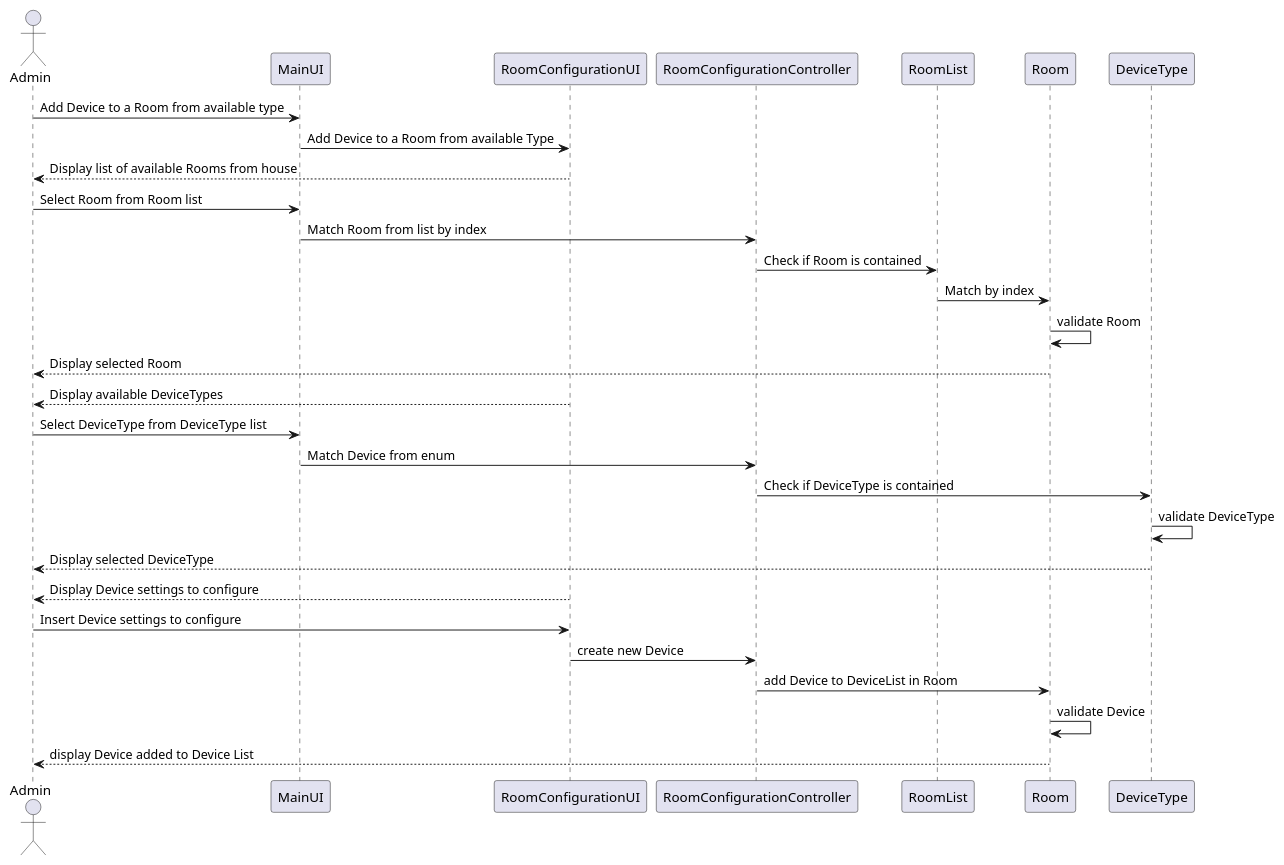
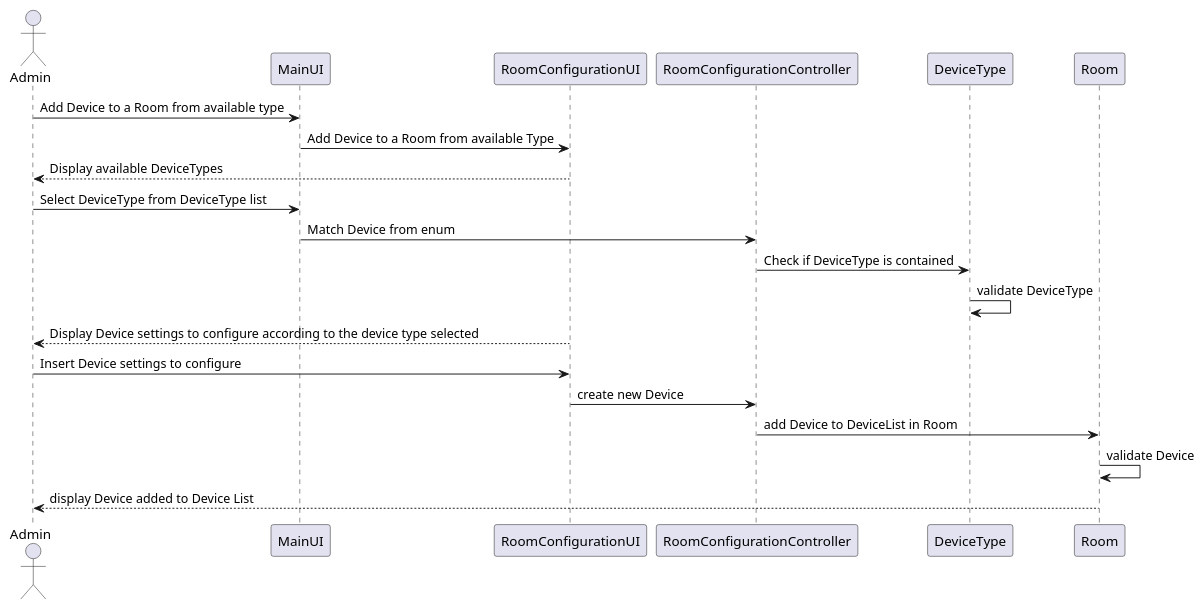
Before and after one commit to Almadanmp/project: the diagram in uml/US210.puml, drawn with PlantUML.

Commit message:
#61 US210 uml update

```diff
--- a/uml/US210.puml
+++ b/uml/US210.puml
@@ -1,27 +1,19 @@
 @startuml
 actor Admin
 Admin -> MainUI: Add Device to a Room from available type
 MainUI -> RoomConfigurationUI: Add Device to a Room from available Type
-RoomConfigurationUI --> Admin: Display list of available Rooms from house
-Admin -> MainUI: Select Room from Room list
-MainUI -> RoomConfigurationController: Match Room from list by index
-RoomConfigurationController -> RoomList: Check if Room is contained
-RoomList -> Room: Match by index
-Room -> Room: validate Room
-Room --> Admin: Display selected Room
 RoomConfigurationUI --> Admin: Display available DeviceTypes
 Admin -> MainUI: Select DeviceType from DeviceType list
 MainUI -> RoomConfigurationController: Match Device from enum
 RoomConfigurationController -> DeviceType: Check if DeviceType is contained
 DeviceType -> DeviceType: validate DeviceType
-DeviceType --> Admin: Display selected DeviceType
-RoomConfigurationUI --> Admin: Display Device settings to configure
+RoomConfigurationUI --> Admin: Display Device settings to configure according to the device type selected
 Admin-> RoomConfigurationUI: Insert Device settings to configure
 RoomConfigurationUI -> RoomConfigurationController: create new Device
 RoomConfigurationController -> Room: add Device to DeviceList in Room
 Room -> Room: validate Device
 Room--> Admin: display Device added to Device List
 
 
 
 @endumlΩ
```
